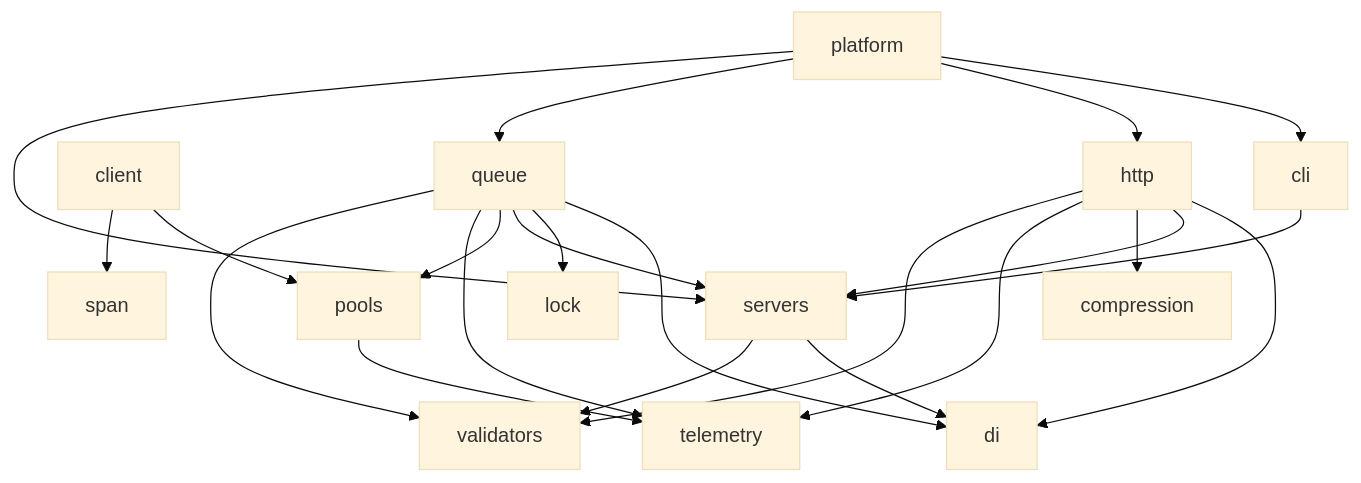
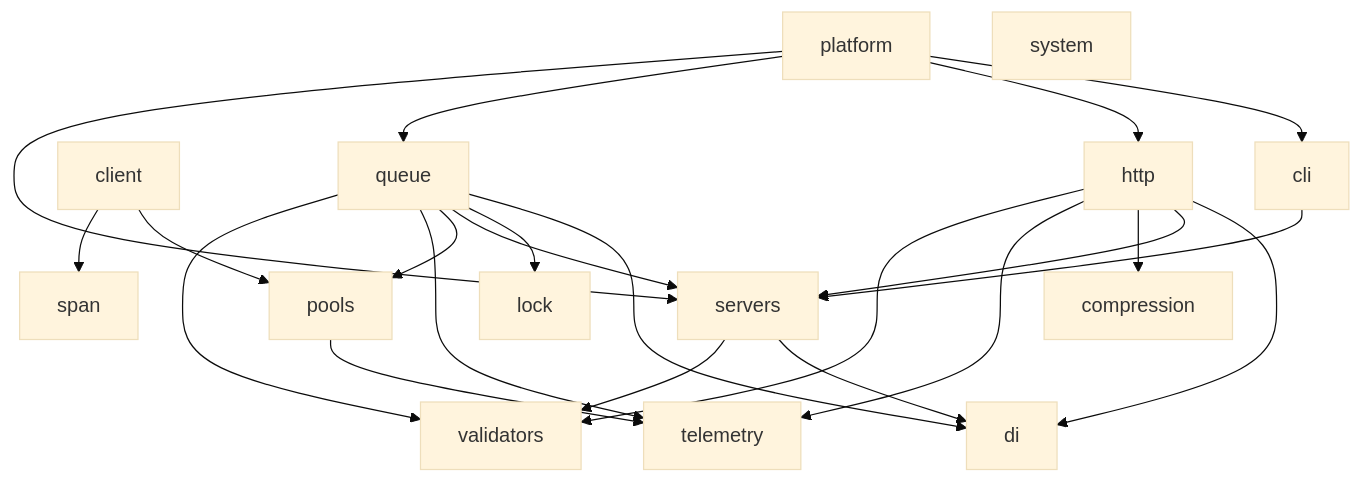
One commit to utopia-php/monorepo changed the diagram in README.md. Above: the diagram before and after it, drawn with Mermaid (base theme). The commit also changed 18 other files, not shown here.

````diff
--- a/README.md
+++ b/README.md
@@ -46,24 +46,25 @@
 ```mermaid
 graph TD
     cli --> servers
     client --> pools
     client --> span
     http --> di
     http --> servers
     http --> compression
     http --> telemetry
     http --> validators
     platform --> cli
     platform --> http
     platform --> queue
     platform --> servers
     pools --> telemetry
     queue --> di
     queue --> lock
     queue --> servers
     queue --> pools
     queue --> telemetry
     queue --> validators
     servers --> di
     servers --> validators
+    system
 ```
````
